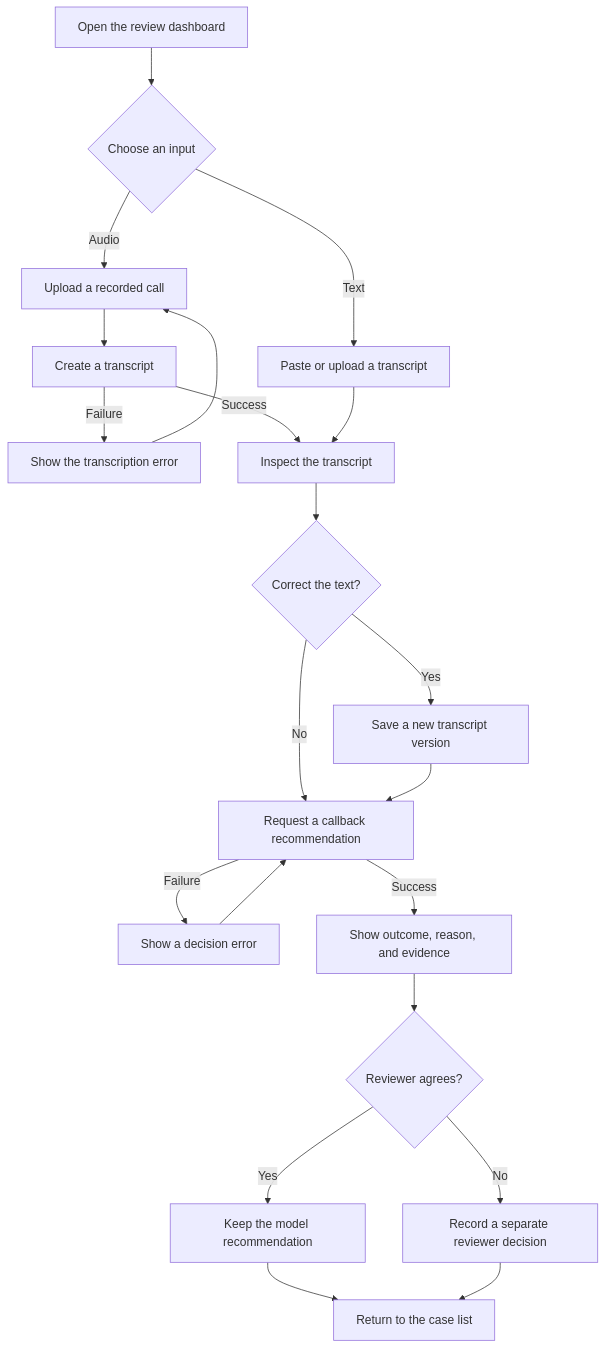
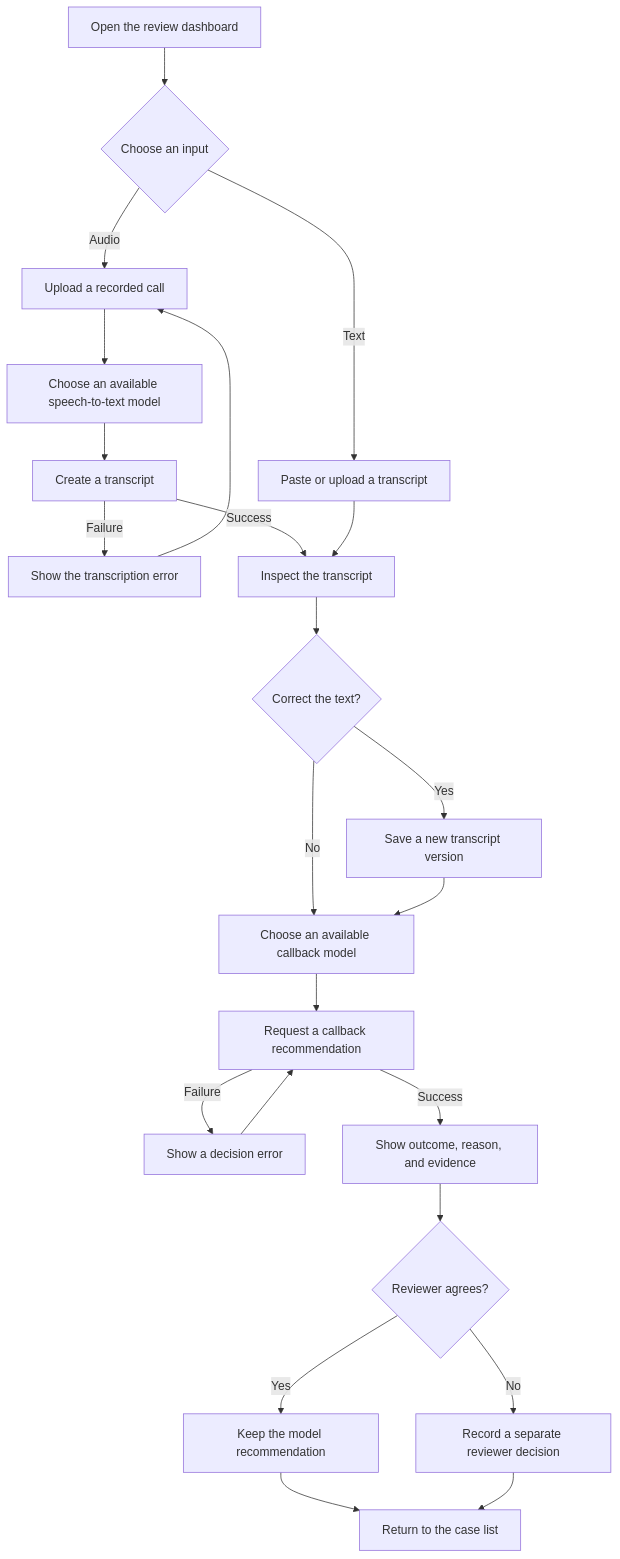
Before and after one commit to aidevcode9/voice-callback-review: the diagram in docs/USER_FLOW.md, drawn with Mermaid. The commit also changed other lines of this file and 23 other files, not shown here.

````diff
--- a/docs/USER_FLOW.md
+++ b/docs/USER_FLOW.md
@@ -5,23 +5,25 @@
 ```mermaid
 flowchart TD
     Start["Open the review dashboard"] --> Input{"Choose an input"}
     Input -->|Text| Text["Paste or upload a transcript"]
     Input -->|Audio| Audio["Upload a recorded call"]
-    Audio --> Transcribe["Create a transcript"]
+    Audio --> STTChoice["Choose an available speech-to-text model"]
+    STTChoice --> Transcribe["Create a transcript"]
     Transcribe -->|Failure| Error["Show the transcription error"]
     Error --> Audio
     Transcribe -->|Success| Inspect["Inspect the transcript"]
     Text --> Inspect
     Inspect --> Correct{"Correct the text?"}
     Correct -->|Yes| Version["Save a new transcript version"]
-    Correct -->|No| Analyze["Request a callback recommendation"]
-    Version --> Analyze
+    Correct -->|No| ClassifierChoice["Choose an available callback model"]
+    Version --> ClassifierChoice
+    ClassifierChoice --> Analyze["Request a callback recommendation"]
     Analyze -->|Failure| DecisionError["Show a decision error"]
     DecisionError --> Analyze
     Analyze -->|Success| Result["Show outcome, reason, and evidence"]
     Result --> Review{"Reviewer agrees?"}
     Review -->|Yes| Keep["Keep the model recommendation"]
     Review -->|No| Override["Record a separate reviewer decision"]
     Keep --> List["Return to the case list"]
     Override --> List
 ```
````
